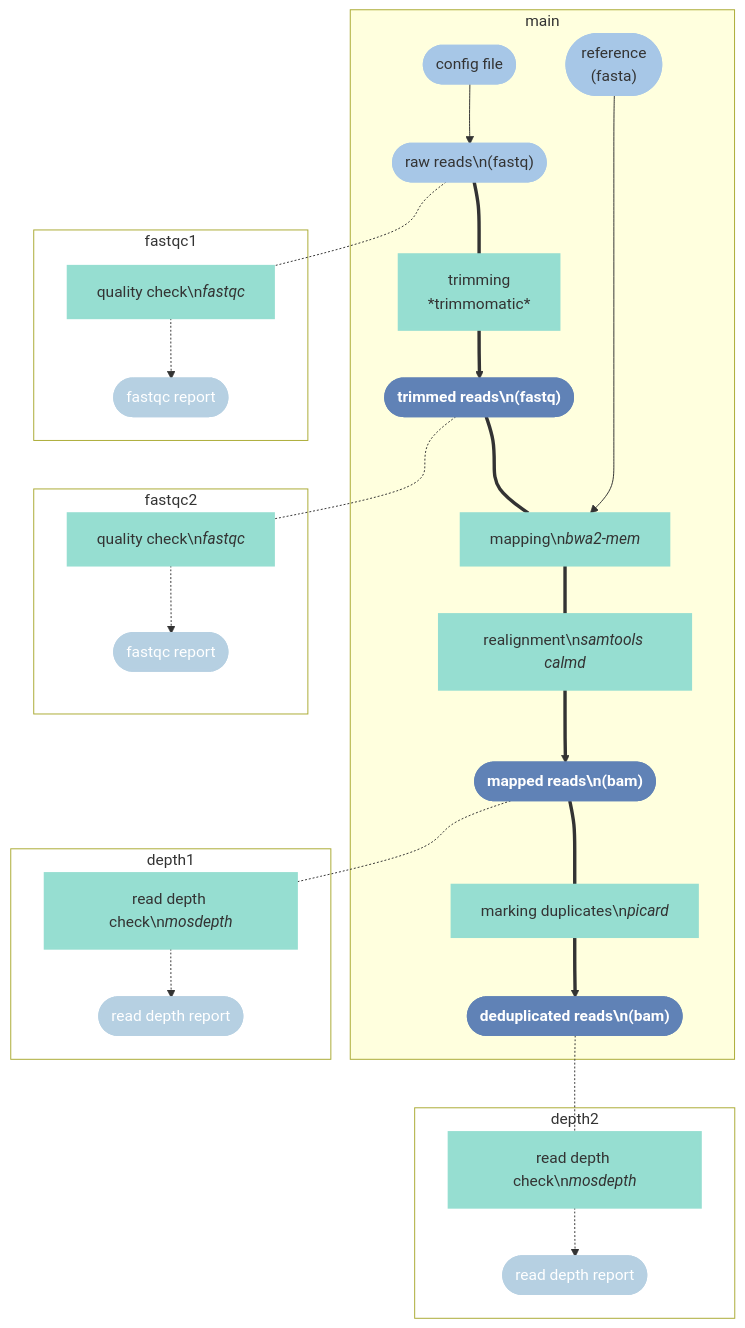
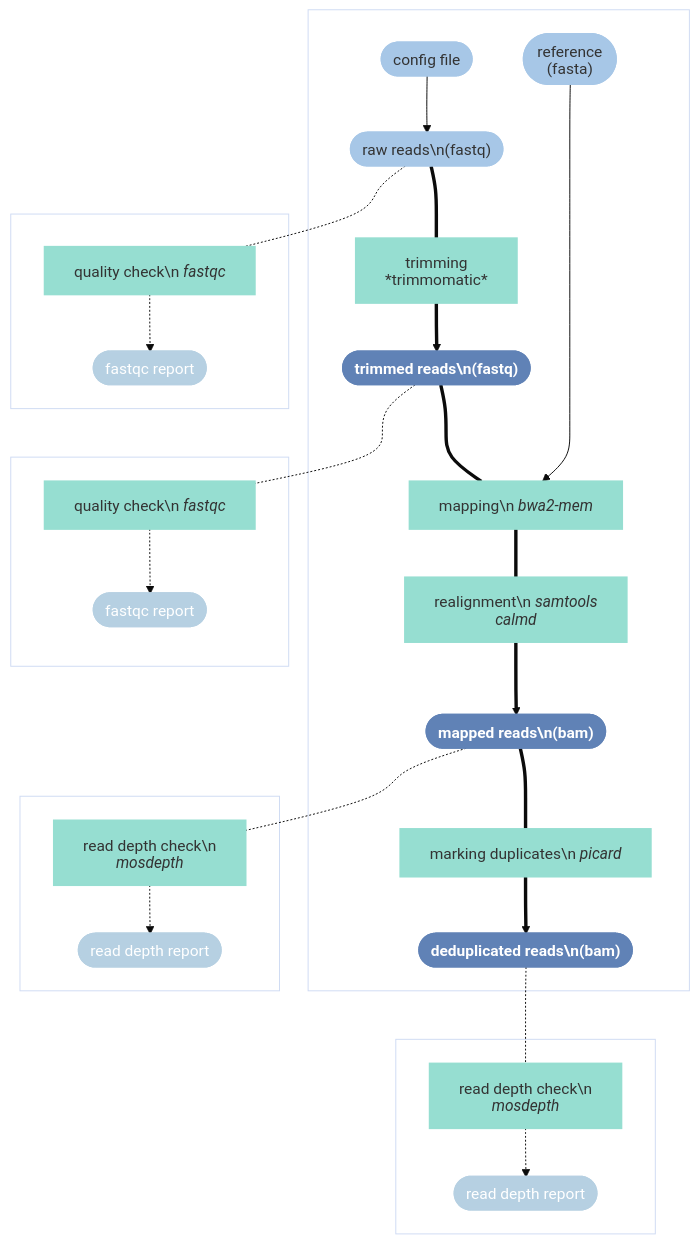
One commit to aniafijarczyk/read-map-call changed the diagram in README_mapping.md. Above: the diagram before and after it, drawn with Mermaid.

Commit message:
subgraphs

````diff
--- a/README_mapping.md
+++ b/README_mapping.md
@@ -3,59 +3,50 @@
 ```mermaid
 
-%%{init: {"theme": "dark",
-  "htmlLabels": false,
-  "themeVariables":{"primaryColor": "#B6D0E2",
-  "primaryTextColor": "#000",
-  "primaryBorderColor": "#B6D0E2",
-  "lineColor": "#000",
-  "secondaryColor": "#FFF",
-  "clusterBkg": "#FFF",
-  "clusterBorder": "#FFF",
-  "titleColor" : "#FFF"}}%%
+%%{init: {"theme": "base",
+  "htmlLabels": false }}%%
 
 graph TB;
-    %%{config: { 'fontFamily': 'Menlo', 'fontSize': 18, 'fontWeight': 400} }%%
 
     classDef Output fill:#6082B6,stroke:#6082B6,stroke-width:2px,color:#fff;
     classDef Reports fill:#B6D0E2,stroke:#B6D0E2,stroke-width:2px,color:#fff;
     classDef Input fill:#A7C7E7,stroke:#A7C7E7,stroke-width:2px;
     classDef Process fill:#96DED1,stroke:#96DED1,stroke-width:2px;
     classDef Subgr fill:#FFFFFF,stroke:#FFFFFF;
 
-    subgraph main   
+    subgraph mapping
         A([config file]):::Input --> B(["`raw reads\n(fastq)`"]);
         B:::Input === D["trimming\n*trimmomatic*"];
         D:::Process ==> E(["`**trimmed reads\n(fastq)**`"]);
         E:::Output === G["`mapping\n*bwa2-mem*`"];
         G:::Process === G2["`realignment\n*samtools calmd*`"];
         F(["reference\n(fasta)"]):::Input -----> G;
         G2:::Process ==> K(["`**mapped reads\n(bam)**`"]);
         K:::Output === L["`marking duplicates\n*picard*`"];
         L:::Process ==> M(["`**deduplicated reads\n(bam)**`"]):::Output; 
     end
     
     subgraph fastqc1
         C["`quality check\n*fastqc*`"]:::Process -.-> I([fastqc report]):::Reports;
     end
 
     subgraph fastqc2
         H["`quality check\n*fastqc*`"]:::Process -.-> J([fastqc report]):::Reports;
     end
 
     subgraph depth1
         N["`read depth check\n*mosdepth*`"]:::Process -.-> O([read depth report]):::Reports;
     end
 
     subgraph depth2
         P["`read depth check\n*mosdepth*`"]:::Process -.-> R([read depth report]):::Reports;
     end
     
-    classDef subg fill:#FFF
-    class main,fastqc1,fastqc2,depth1,depth2 subg
+    classDef subg fill:#fff,color:#fff
+    class mapping,fastqc1,fastqc2,depth1,depth2 subg
 
 
     B -.- C
     E -.- H
     K -.- N
     M -.- P
 ```
````
